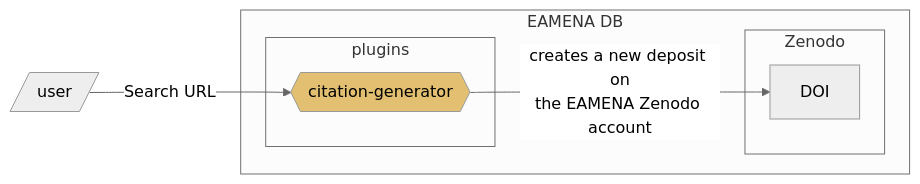
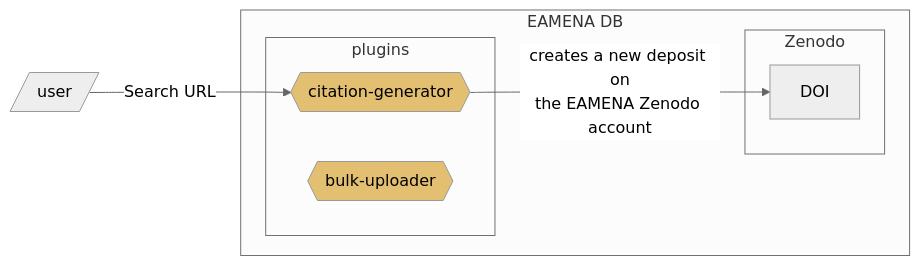
The first of 3 diagrams in data/bibref/README.md (eamena-project/eamena-arches-dev), drawn with Mermaid (neutral theme) before and after one commit.

Commit message:
citation

````diff
--- a/data/bibref/README.md
+++ b/data/bibref/README.md
@@ -10,13 +10,14 @@
 ```mermaid
 flowchart LR
 	U[/user/] -- Search URL --> G{{citation-generator}}:::eamenaFunc;
 		subgraph EAMENA DB
 			subgraph plugins
 			G
+			H{{bulk-uploader}}:::eamenaFunc;
 			end
 		subgraph "Zenodo"
 		G -- creates a new deposit on<br>the EAMENA Zenodo account --> DOI
 		end
 	end
 	classDef eamenaFunc fill:#e3c071;
 ```
````
